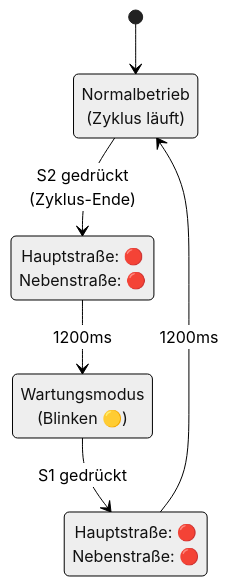
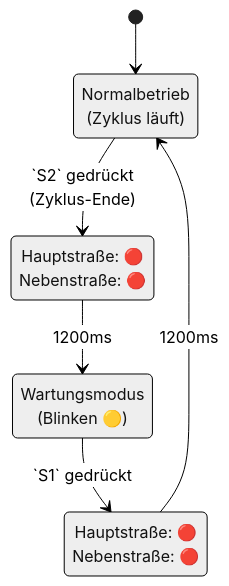
The third of 3 diagrams in src/python/vsc-ext-v0.2/demo/README.md (wago-enterprise-education/exponat-ampelsteuerung), drawn with Mermaid (neutral theme) before and after one commit. The commit also changed other lines of this file and 2 other files, not shown here.

````diff
--- a/src/python/vsc-ext-v0.2/demo/README.md
+++ b/src/python/vsc-ext-v0.2/demo/README.md
@@ -74,15 +75,15 @@
 ```mermaid
 stateDiagram-v2
     [*] --> Normalbetrieb
     
     Normalbetrieb: Normalbetrieb<br/>(Zyklus läuft)
     Wartungsmodus: Wartungsmodus<br/>(Blinken 🟡)
     AllRed_N2M: Hauptstraße: 🔴<br/>Nebenstraße: 🔴
     AllRed_M2N: Hauptstraße: 🔴<br/>Nebenstraße: 🔴
     
-    Normalbetrieb --> AllRed_N2M: S2 gedrückt<br/>(Zyklus-Ende)
+    Normalbetrieb --> AllRed_N2M: `S2` gedrückt<br/>(Zyklus-Ende)
     AllRed_N2M --> Wartungsmodus: 1200ms
     
-    Wartungsmodus --> AllRed_M2N: S1 gedrückt
+    Wartungsmodus --> AllRed_M2N: `S1` gedrückt
     AllRed_M2N --> Normalbetrieb: 1200ms
 ```
````
